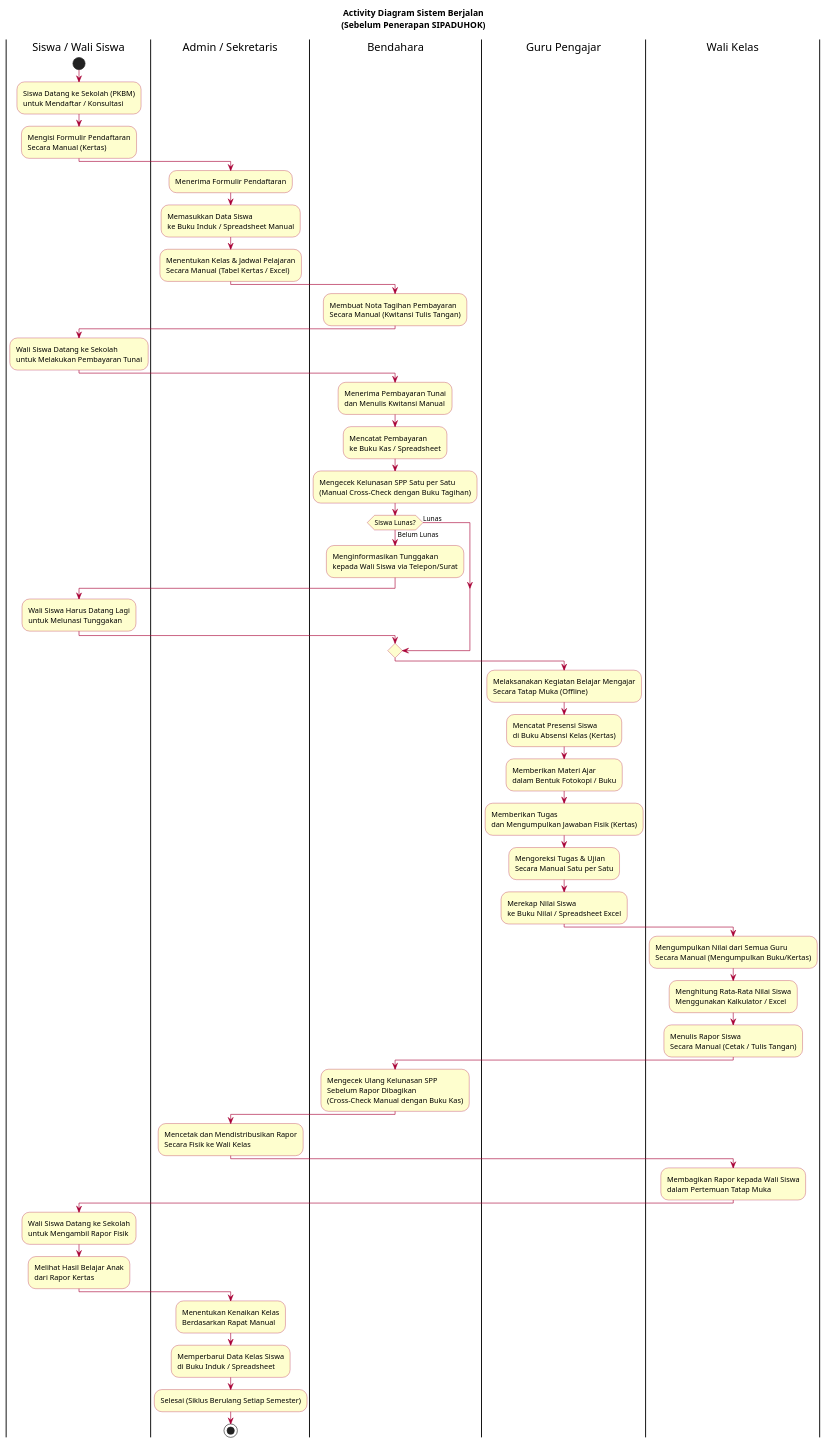
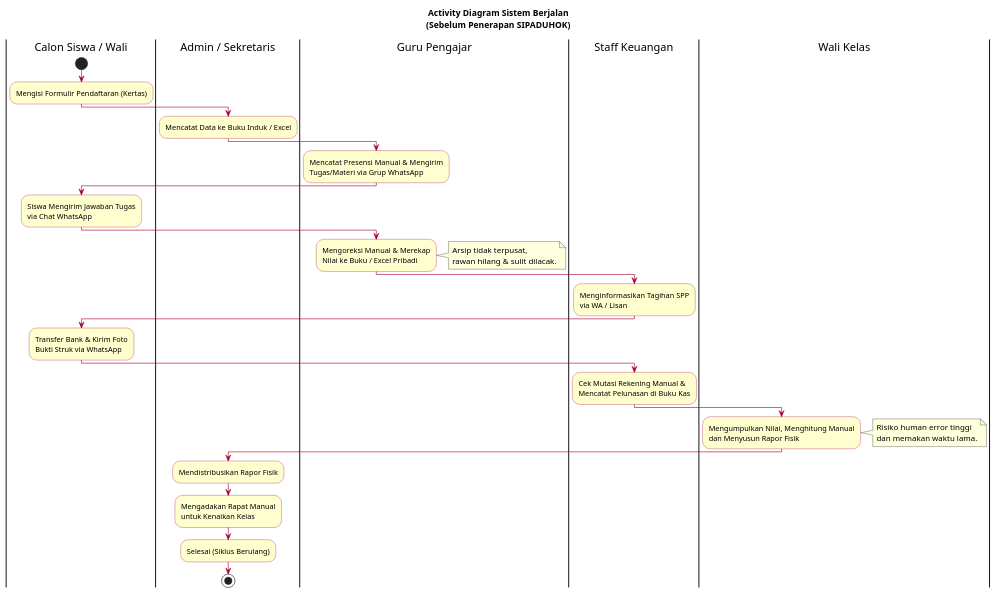
Before and after one commit to shendelzare7sw/sipaduhok: the diagram in docs/flow/activity-sistem-berjalan.puml, drawn with PlantUML. The commit also changed 5 other files, not shown here.

First line of the commit message:
fix(import-nilai): tutup scoping kelas bocor pada import nilai guru (QA Wali+Guru)

```diff
--- a/docs/flow/activity-sistem-berjalan.puml
+++ b/docs/flow/activity-sistem-berjalan.puml
@@ -1,66 +1,52 @@
 @startuml activity-sistem-berjalan
 title Activity Diagram Sistem Berjalan\n(Sebelum Penerapan SIPADUHOK)
 skinparam ActivityBackgroundColor #FEFECE
 skinparam ActivityBorderColor #A80036
 skinparam ArrowColor #A80036
 
-|Siswa / Wali Siswa|
+|Calon Siswa / Wali|
 start
-:Siswa Datang ke Sekolah (PKBM)\nuntuk Mendaftar / Konsultasi;
-:Mengisi Formulir Pendaftaran\nSecara Manual (Kertas);
+:Mengisi Formulir Pendaftaran (Kertas);
 
 |Admin / Sekretaris|
-:Menerima Formulir Pendaftaran;
-:Memasukkan Data Siswa\nke Buku Induk / Spreadsheet Manual;
-:Menentukan Kelas & Jadwal Pelajaran\nSecara Manual (Tabel Kertas / Excel);
-
-|Bendahara|
-:Membuat Nota Tagihan Pembayaran\nSecara Manual (Kwitansi Tulis Tangan);
-
-|Siswa / Wali Siswa|
-:Wali Siswa Datang ke Sekolah\nuntuk Melakukan Pembayaran Tunai;
-
-|Bendahara|
-:Menerima Pembayaran Tunai\ndan Menulis Kwitansi Manual;
-:Mencatat Pembayaran\nke Buku Kas / Spreadsheet;
-:Mengecek Kelunasan SPP Satu per Satu\n(Manual Cross-Check dengan Buku Tagihan);
-
-if (Siswa Lunas?) then (Belum Lunas)
-    :Menginformasikan Tunggakan\nkepada Wali Siswa via Telepon/Surat;
-    |Siswa / Wali Siswa|
-    :Wali Siswa Harus Datang Lagi\nuntuk Melunasi Tunggakan;
-else (Lunas)
-endif
+:Mencatat Data ke Buku Induk / Excel;
 
 |Guru Pengajar|
-:Melaksanakan Kegiatan Belajar Mengajar\nSecara Tatap Muka (Offline);
-:Mencatat Presensi Siswa\ndi Buku Absensi Kelas (Kertas);
-:Memberikan Materi Ajar\ndalam Bentuk Fotokopi / Buku;
-:Memberikan Tugas\ndan Mengumpulkan Jawaban Fisik (Kertas);
-:Mengoreksi Tugas & Ujian\nSecara Manual Satu per Satu;
-:Merekap Nilai Siswa\nke Buku Nilai / Spreadsheet Excel;
+:Mencatat Presensi Manual & Mengirim
+Tugas/Materi via Grup WhatsApp;
+
+|Calon Siswa / Wali|
+:Siswa Mengirim Jawaban Tugas\nvia Chat WhatsApp;
+
+|Guru Pengajar|
+:Mengoreksi Manual & Merekap\nNilai ke Buku / Excel Pribadi;
+
+note right
+  Arsip tidak terpusat,
+  rawan hilang & sulit dilacak.
+end note
+
+|Staff Keuangan|
+:Menginformasikan Tagihan SPP\nvia WA / Lisan;
+
+|Calon Siswa / Wali|
+:Transfer Bank & Kirim Foto\nBukti Struk via WhatsApp;
+
+|Staff Keuangan|
+:Cek Mutasi Rekening Manual &\nMencatat Pelunasan di Buku Kas;
 
 |Wali Kelas|
-:Mengumpulkan Nilai dari Semua Guru\nSecara Manual (Mengumpulkan Buku/Kertas);
-:Menghitung Rata-Rata Nilai Siswa\nMenggunakan Kalkulator / Excel;
-:Menulis Rapor Siswa\nSecara Manual (Cetak / Tulis Tangan);
+:Mengumpulkan Nilai, Menghitung Manual\ndan Menyusun Rapor Fisik;
 
-|Bendahara|
-:Mengecek Ulang Kelunasan SPP\nSebelum Rapor Dibagikan\n(Cross-Check Manual dengan Buku Kas);
+note right
+  Risiko human error tinggi
+  dan memakan waktu lama.
+end note
 
 |Admin / Sekretaris|
-:Mencetak dan Mendistribusikan Rapor\nSecara Fisik ke Wali Kelas;
+:Mendistribusikan Rapor Fisik;
+:Mengadakan Rapat Manual\nuntuk Kenaikan Kelas;
 
-|Wali Kelas|
-:Membagikan Rapor kepada Wali Siswa\ndalam Pertemuan Tatap Muka;
-
-|Siswa / Wali Siswa|
-:Wali Siswa Datang ke Sekolah\nuntuk Mengambil Rapor Fisik;
-:Melihat Hasil Belajar Anak\ndari Rapor Kertas;
-
-|Admin / Sekretaris|
-:Menentukan Kenaikan Kelas\nBerdasarkan Rapat Manual;
-:Memperbarui Data Kelas Siswa\ndi Buku Induk / Spreadsheet;
-:Selesai (Siklus Berulang Setiap Semester);
+:Selesai (Siklus Berulang);
 stop
 @enduml
```
